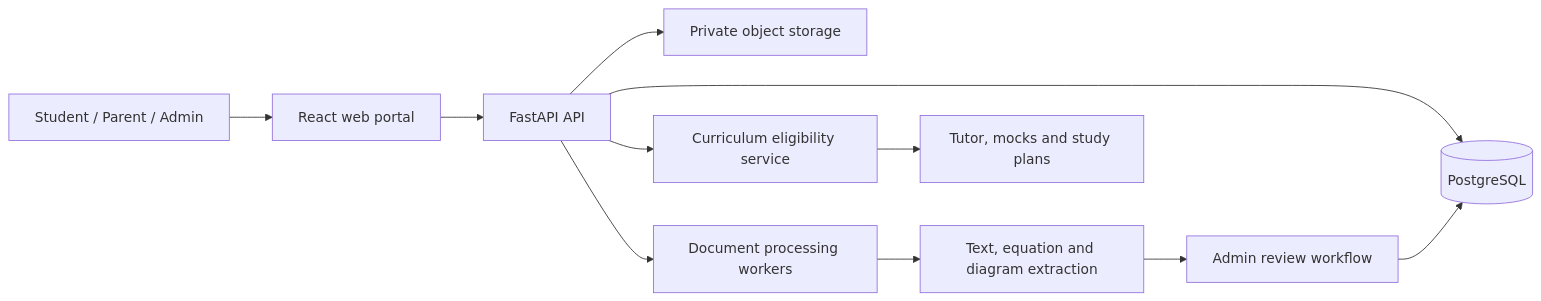
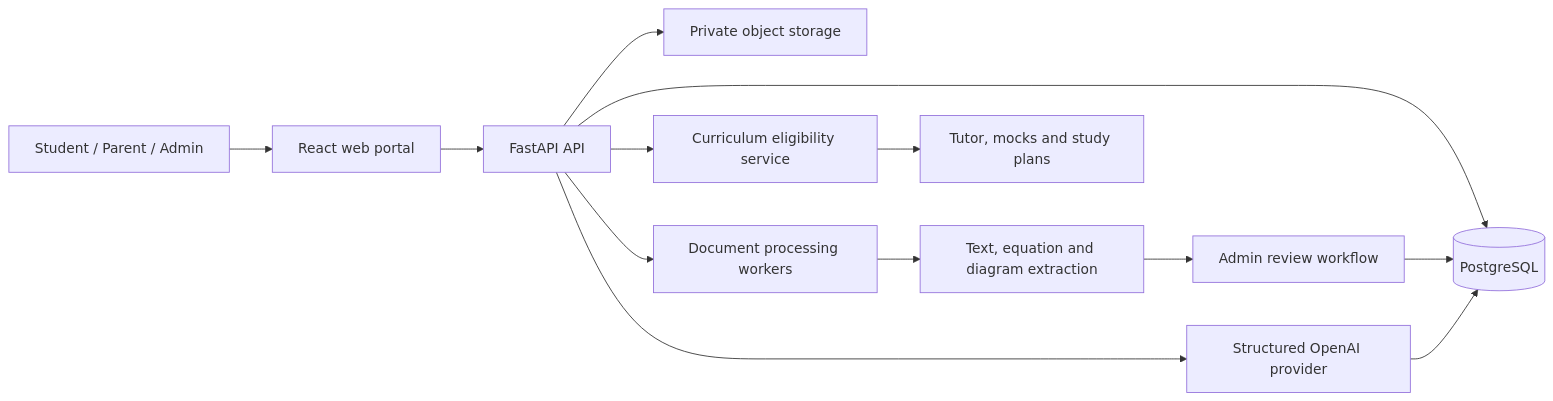
The diagram in README.md (sudeeram/akuru), drawn with Mermaid before and after one commit. The commit also changed other lines of this file and 18 other files, not shown here.

Commit message:
Build Step 5 OpenAI provider layer

````diff
--- a/README.md
+++ b/README.md
@@ -33,13 +34,15 @@
 ```mermaid
 flowchart LR
     U[Student / Parent / Admin] --> WEB[React web portal]
     WEB --> API[FastAPI API]
     API --> DB[(PostgreSQL)]
     API --> OBJ[Private object storage]
     API --> JOBS[Document processing workers]
+    API --> AI[Structured OpenAI provider]
     JOBS --> OCR[Text, equation and diagram extraction]
     OCR --> REVIEW[Admin review workflow]
     REVIEW --> DB
+    AI --> DB
     API --> ELIG[Curriculum eligibility service]
     ELIG --> TUTOR[Tutor, mocks and study plans]
 ```
````
